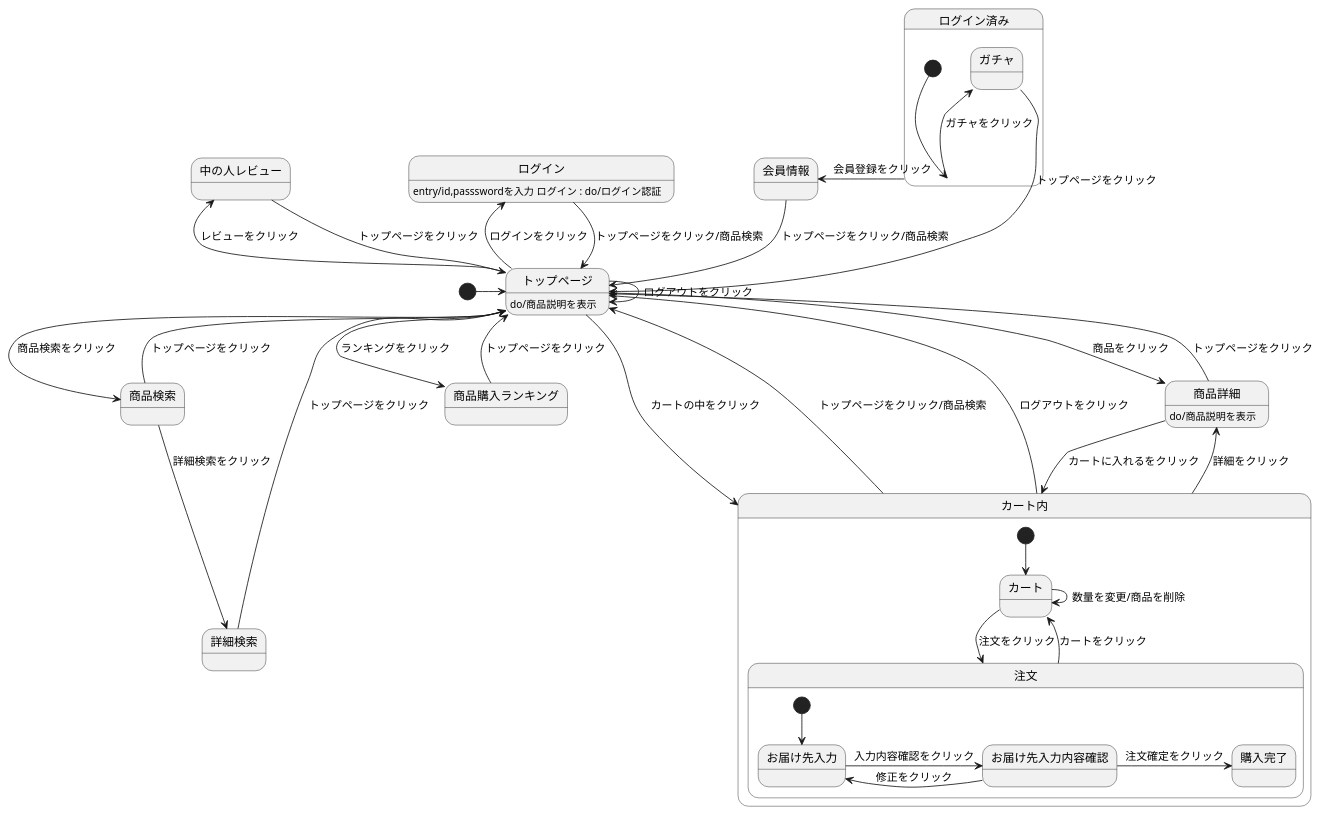
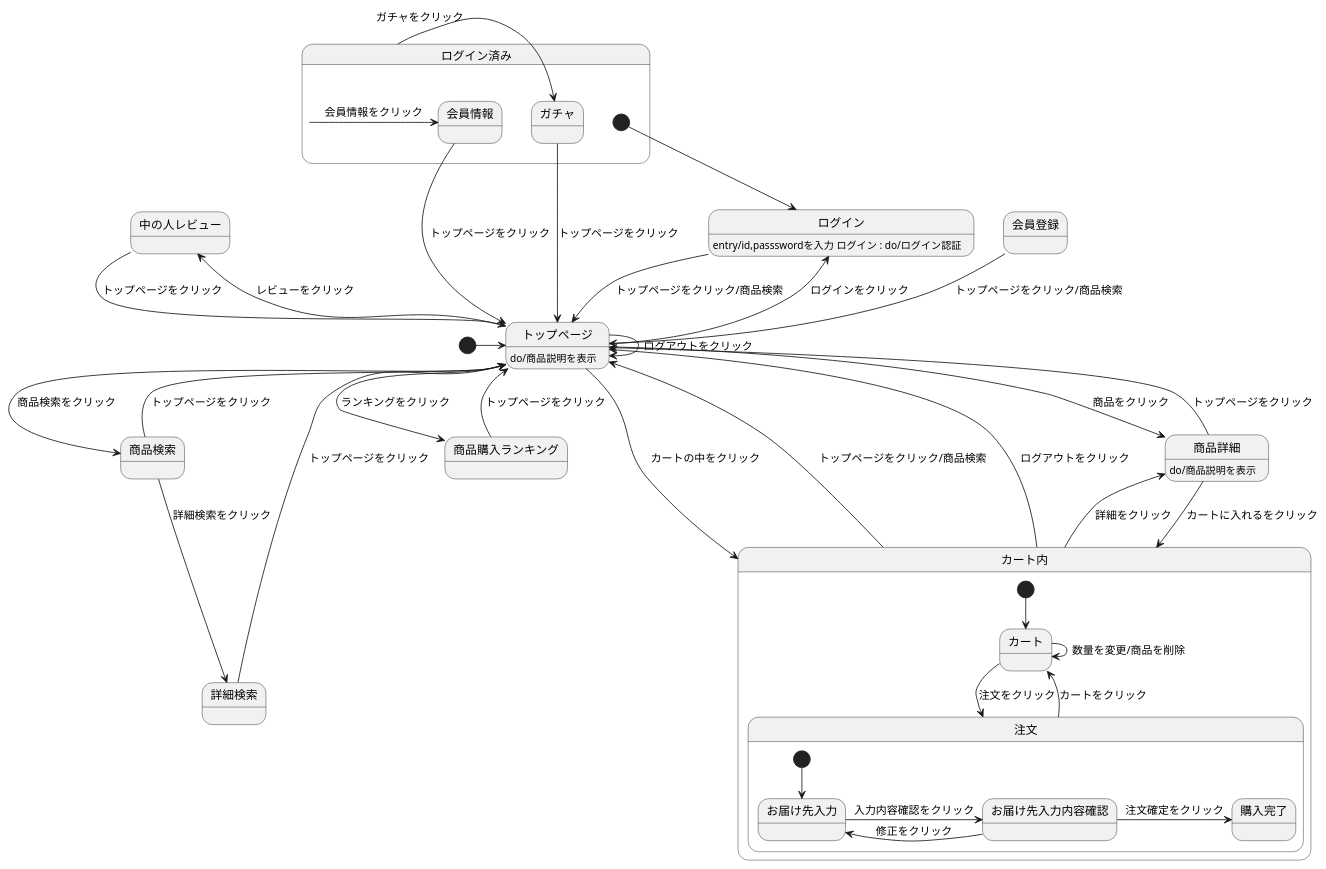
The diagram in 4_01.md (Aso2001220/2021sys-design), drawn with PlantUML before and after one commit.

````diff
--- a/4_01.md
+++ b/4_01.md
@@ -1,46 +1,47 @@
 ```uml
 @startuml
 
 [*] -> トップページ
-会員情報 --> トップページ : トップページをクリック/商品検索
+会員登録 --> トップページ : トップページをクリック/商品検索
 ログイン --> トップページ : トップページをクリック/商品検索
 ログイン : entry/id,passswordを入力 ログイン : do/ログイン認証
 state ログイン済み{
-[*] --> ログイン済み
-ログイン済み -> 会員情報 : 会員登録をクリック
+[*] --> ログイン
+ログイン済み -> 会員情報 : 会員情報をクリック
 ログイン済み -> ガチャ : ガチャをクリック
 ガチャ --> トップページ : トップページをクリック
+会員情報 --> トップページ : トップページをクリック
 }
 トップページ --> トップページ : ログアウトをクリック
 トップページ -> 商品検索 : 商品検索をクリック
 トップページ -> 商品詳細 : 商品をクリック
 トップページ -left-> ログイン : ログインをクリック
 トップページ -left-> 中の人レビュー : レビューをクリック
 トップページ -> 商品購入ランキング : ランキングをクリック
 トップページ --> カート内 : カートの中をクリック
 トップページ : do/商品説明を表示
 商品詳細 --> カート内 : カートに入れるをクリック
 商品詳細 --> トップページ : トップページをクリック
 商品詳細 : do/商品説明を表示
 カート内 -up-> トップページ : トップページをクリック/商品検索
 カート内 -up-> トップページ : ログアウトをクリック
 カート内 -> 商品詳細 : 詳細をクリック
 中の人レビュー --> トップページ : トップページをクリック
 商品検索 --> 詳細検索 : 詳細検索をクリック
 商品検索 --> トップページ : トップページをクリック
 詳細検索 --> トップページ : トップページをクリック
 商品購入ランキング --> トップページ : トップページをクリック
 state カート内{
 [*] --> カート 
 カート -> 注文 : 注文をクリック
 カート -> カート : 数量を変更/商品を削除
 注文 --> カート : カートをクリック
 state 注文{ 
 [*] --> お届け先入力
 お届け先入力 -> お届け先入力内容確認 : 入力内容確認をクリック
 お届け先入力内容確認 -> お届け先入力 : 修正をクリック
 お届け先入力内容確認 -> 購入完了 : 注文確定をクリック
 } 
 }
 @enduml
 ```
````
